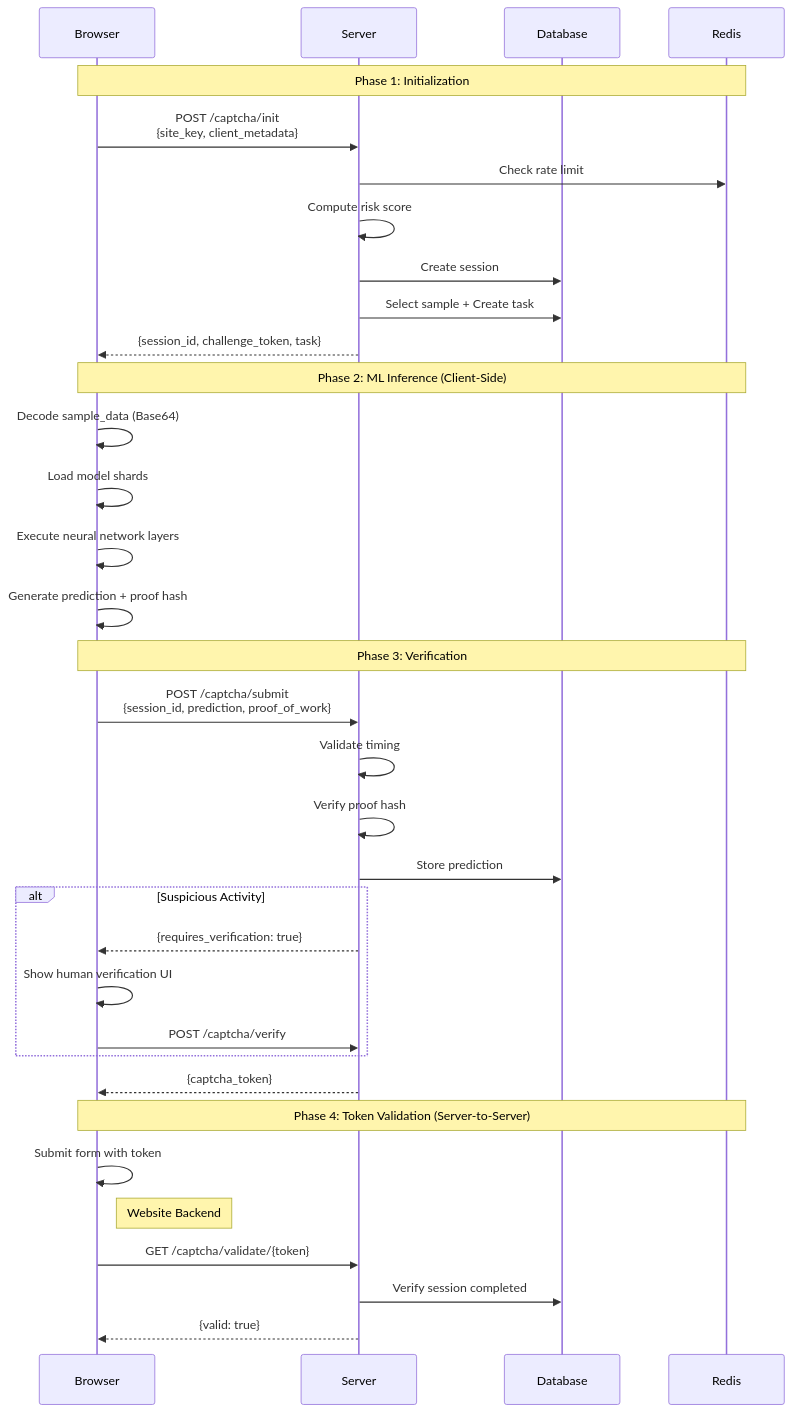
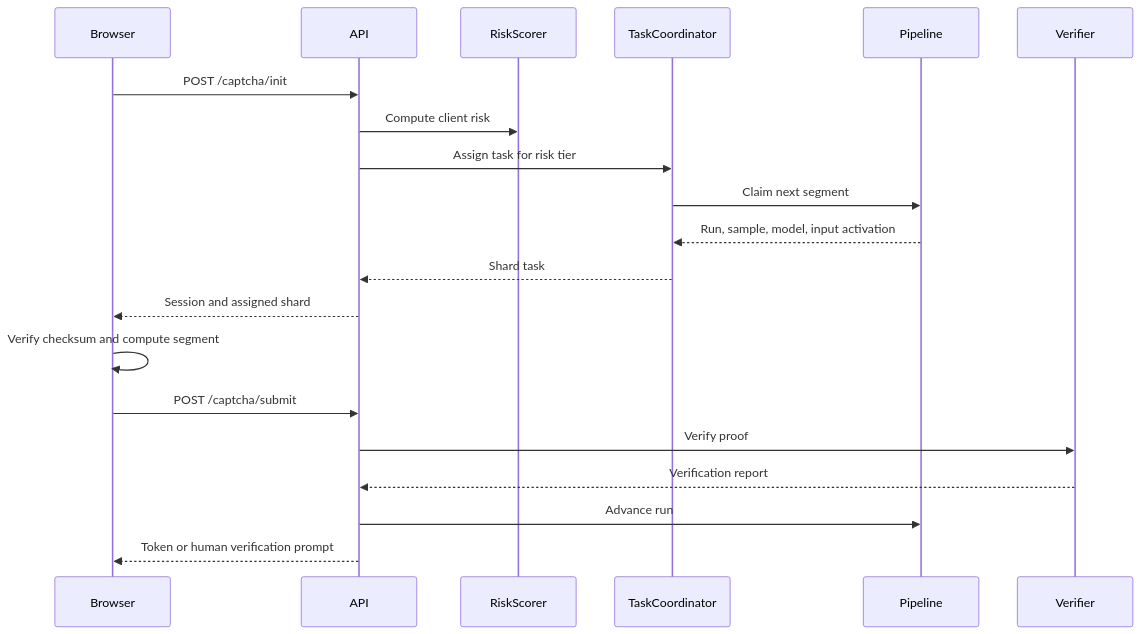
The second of 2 diagrams in docs/ARCHITECTURE.md (Rishi94523/Capstone), drawn with Mermaid before and after one commit. The commit also changed other lines of this file and 5 other files, not shown here.

Commit message:
docs: align architecture with mnist shard pipeline

````diff
--- a/docs/ARCHITECTURE.md
+++ b/docs/ARCHITECTURE.md
@@ -105,40 +66,23 @@
 ```mermaid
 sequenceDiagram
     participant B as Browser
-    participant S as Server
-    participant DB as Database
-    participant R as Redis
+    participant A as API
+    participant R as RiskScorer
+    participant T as TaskCoordinator
+    participant P as Pipeline
+    participant V as Verifier
 
-    Note over B,R: Phase 1: Initialization
-    B->>S: POST /captcha/init<br/>{site_key, client_metadata}
-    S->>R: Check rate limit
-    S->>S: Compute risk score
-    S->>DB: Create session
-    S->>DB: Select sample + Create task
-    S-->>B: {session_id, challenge_token, task}
-
-    Note over B,R: Phase 2: ML Inference (Client-Side)
-    B->>B: Decode sample_data (Base64)
-    B->>B: Load model shards
-    B->>B: Execute neural network layers
-    B->>B: Generate prediction + proof hash
-
-    Note over B,R: Phase 3: Verification
-    B->>S: POST /captcha/submit<br/>{session_id, prediction, proof_of_work}
-    S->>S: Validate timing
-    S->>S: Verify proof hash
-    S->>DB: Store prediction
-    alt Suspicious Activity
-        S-->>B: {requires_verification: true}
-        B->>B: Show human verification UI
-        B->>S: POST /captcha/verify
-    end
-    S-->>B: {captcha_token}
-
-    Note over B,R: Phase 4: Token Validation (Server-to-Server)
-    B->>B: Submit form with token
-    Note right of B: Website Backend
-    B->>S: GET /captcha/validate/{token}
-    S->>DB: Verify session completed
-    S-->>B: {valid: true}
+    B->>A: POST /captcha/init
+    A->>R: Compute client risk
+    A->>T: Assign task for risk tier
+    T->>P: Claim next segment
+    P-->>T: Run, sample, model, input activation
+    T-->>A: Shard task
+    A-->>B: Session and assigned shard
+    B->>B: Verify checksum and compute segment
+    B->>A: POST /captcha/submit
+    A->>V: Verify proof
+    V-->>A: Verification report
+    A->>P: Advance run
+    A-->>B: Token or human verification prompt
 ```
````
